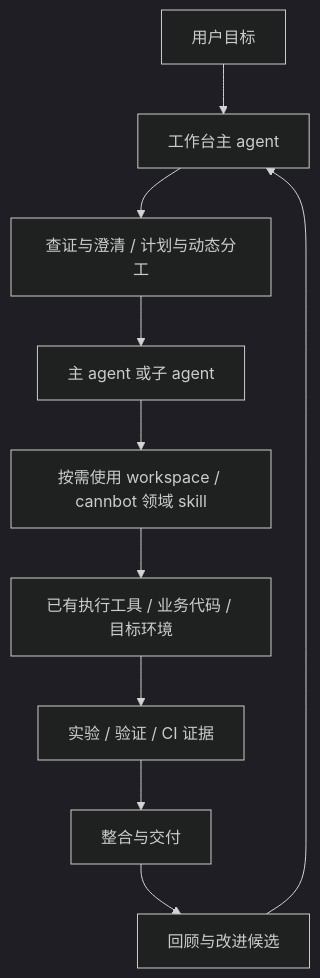
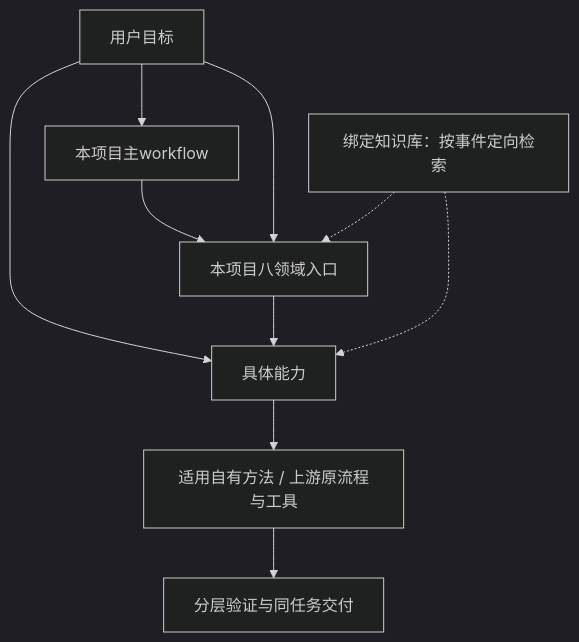
The diagram in docs/maintenance/项目框架.md (sugm0521/ascend-agent-workbench), drawn with Mermaid (dark theme) before and after one commit. The commit also changed other lines of this file and 101 other files, not shown here.

````diff
--- a/docs/maintenance/项目框架.md
+++ b/docs/maintenance/项目框架.md
@@ -59,12 +59,12 @@
 ```mermaid
 flowchart TD
-    U[用户目标] --> W[工作台主 agent]
-    W --> P[查证与澄清 / 计划与动态分工]
-    P --> A[主 agent 或子 agent]
-    A --> S[按需使用 workspace / cannbot 领域 skill]
-    S --> R[已有执行工具 / 业务代码 / 目标环境]
-    R --> V[实验 / 验证 / CI 证据]
-    V --> H[整合与交付]
-    H --> K[回顾与改进候选]
-    K --> W
+    U[用户目标] --> W[本项目主workflow]
+    W --> D[本项目八领域入口]
+    U --> D
+    U --> C[具体能力]
+    D --> C
+    C --> S[适用自有方法 / 上游原流程与工具]
+    S --> V[分层验证与同任务交付]
+    K[绑定知识库：按事件定向检索] -.-> D
+    K -.-> C
 ```
````
